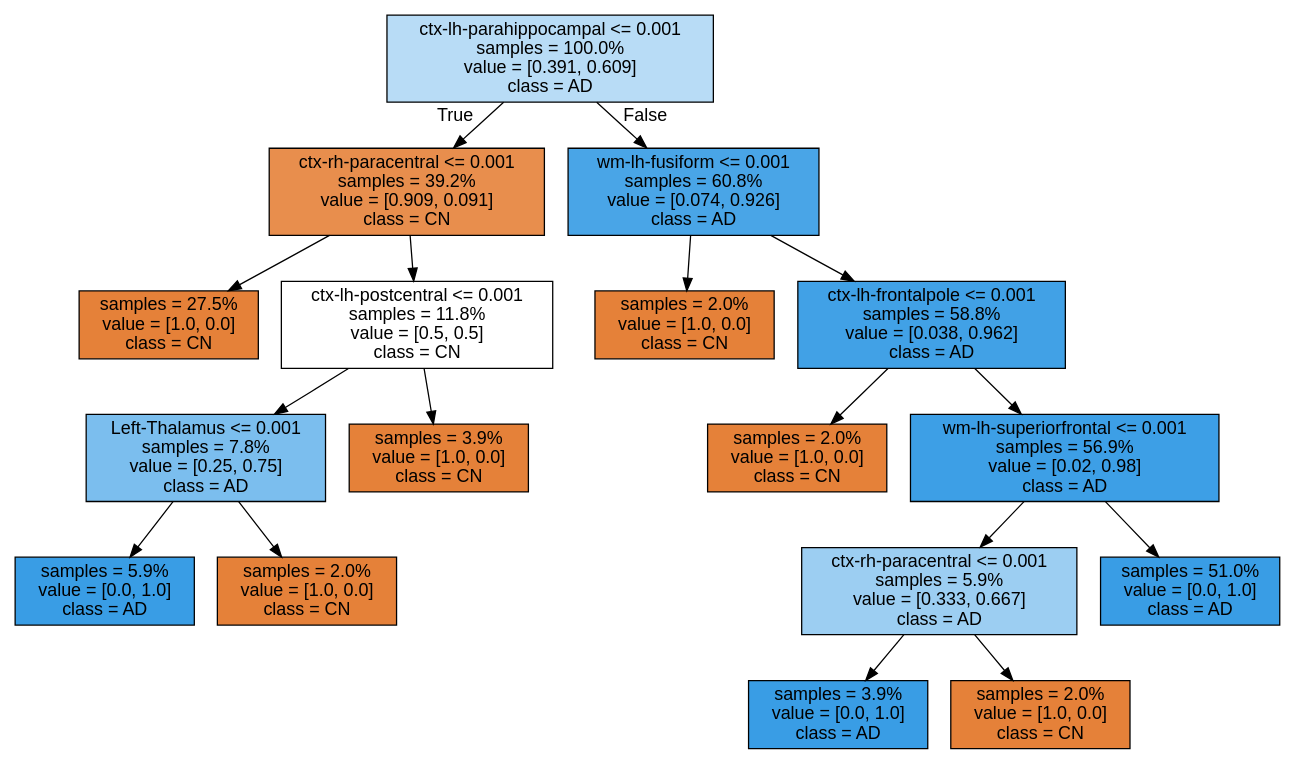
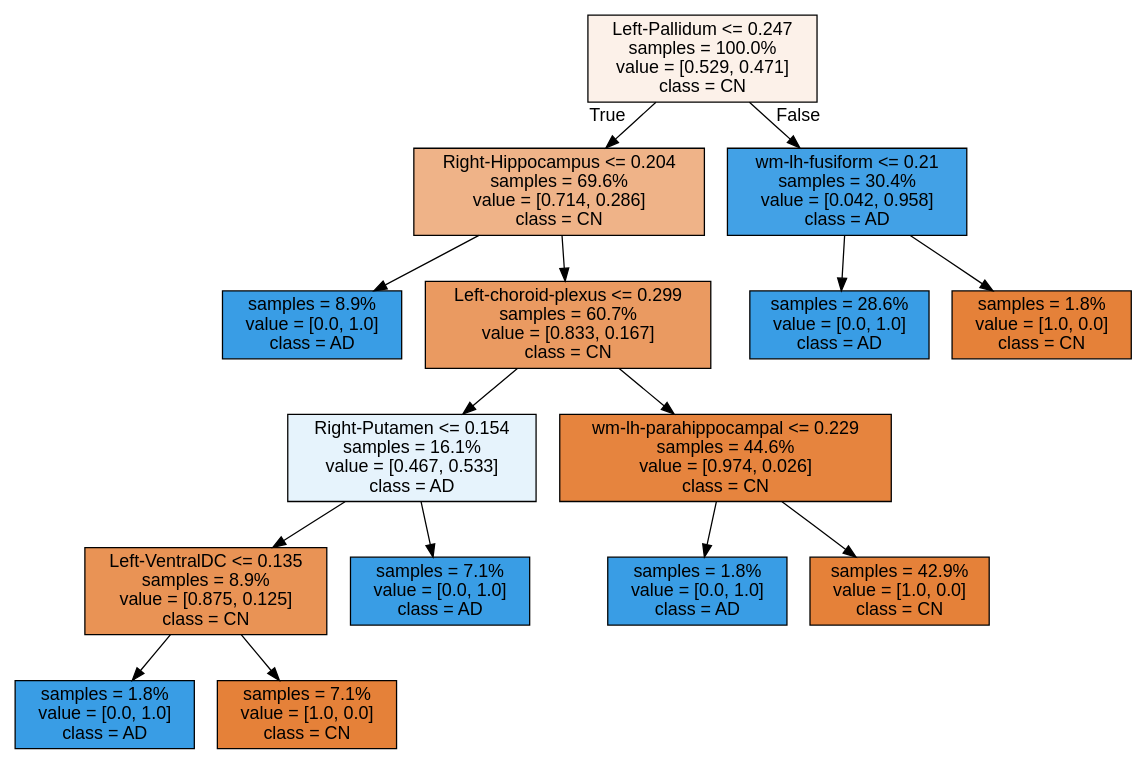
One commit to francescouni0/CompProject changed the diagram in Source.gv. Above: the diagram before and after it, drawn with Graphviz. The commit also changed 5 other files, not shown here.

```diff
--- a/Source.gv
+++ b/Source.gv
@@ -1,37 +1,33 @@
 digraph Tree {
 node [shape=box, style="filled", color="black", fontname="helvetica"] ;
 edge [fontname="helvetica"] ;
-0 [label="ctx-lh-parahippocampal <= 0.001\nsamples = 100.0%\nvalue = [0.391, 0.609]\nclass = AD", fillcolor="#b8dcf6"] ;
-1 [label="ctx-rh-paracentral <= 0.001\nsamples = 39.2%\nvalue = [0.909, 0.091]\nclass = CN", fillcolor="#e88e4d"] ;
+0 [label="Left-Pallidum <= 0.247\nsamples = 100.0%\nvalue = [0.529, 0.471]\nclass = CN", fillcolor="#fcf1e9"] ;
+1 [label="Right-Hippocampus <= 0.204\nsamples = 69.6%\nvalue = [0.714, 0.286]\nclass = CN", fillcolor="#efb388"] ;
 0 -> 1 [labeldistance=2.5, labelangle=45, headlabel="True"] ;
-2 [label="samples = 27.5%\nvalue = [1.0, 0.0]\nclass = CN", fillcolor="#e58139"] ;
+2 [label="samples = 8.9%\nvalue = [0.0, 1.0]\nclass = AD", fillcolor="#399de5"] ;
 1 -> 2 ;
-3 [label="ctx-lh-postcentral <= 0.001\nsamples = 11.8%\nvalue = [0.5, 0.5]\nclass = CN", fillcolor="#ffffff"] ;
+3 [label="Left-choroid-plexus <= 0.299\nsamples = 60.7%\nvalue = [0.833, 0.167]\nclass = CN", fillcolor="#ea9a61"] ;
 1 -> 3 ;
-4 [label="Left-Thalamus <= 0.001\nsamples = 7.8%\nvalue = [0.25, 0.75]\nclass = AD", fillcolor="#7bbeee"] ;
+4 [label="Right-Putamen <= 0.154\nsamples = 16.1%\nvalue = [0.467, 0.533]\nclass = AD", fillcolor="#e6f3fc"] ;
 3 -> 4 ;
-5 [label="samples = 5.9%\nvalue = [0.0, 1.0]\nclass = AD", fillcolor="#399de5"] ;
+5 [label="Left-VentralDC <= 0.135\nsamples = 8.9%\nvalue = [0.875, 0.125]\nclass = CN", fillcolor="#e99355"] ;
 4 -> 5 ;
-6 [label="samples = 2.0%\nvalue = [1.0, 0.0]\nclass = CN", fillcolor="#e58139"] ;
-4 -> 6 ;
-7 [label="samples = 3.9%\nvalue = [1.0, 0.0]\nclass = CN", fillcolor="#e58139"] ;
-3 -> 7 ;
-8 [label="wm-lh-fusiform <= 0.001\nsamples = 60.8%\nvalue = [0.074, 0.926]\nclass = AD", fillcolor="#49a5e7"] ;
-0 -> 8 [labeldistance=2.5, labelangle=-45, headlabel="False"] ;
-9 [label="samples = 2.0%\nvalue = [1.0, 0.0]\nclass = CN", fillcolor="#e58139"] ;
-8 -> 9 ;
-10 [label="ctx-lh-frontalpole <= 0.001\nsamples = 58.8%\nvalue = [0.038, 0.962]\nclass = AD", fillcolor="#41a1e6"] ;
-8 -> 10 ;
-11 [label="samples = 2.0%\nvalue = [1.0, 0.0]\nclass = CN", fillcolor="#e58139"] ;
-10 -> 11 ;
-12 [label="wm-lh-superiorfrontal <= 0.001\nsamples = 56.9%\nvalue = [0.02, 0.98]\nclass = AD", fillcolor="#3d9fe6"] ;
-10 -> 12 ;
-13 [label="ctx-rh-paracentral <= 0.001\nsamples = 5.9%\nvalue = [0.333, 0.667]\nclass = AD", fillcolor="#9ccef2"] ;
+6 [label="samples = 1.8%\nvalue = [0.0, 1.0]\nclass = AD", fillcolor="#399de5"] ;
+5 -> 6 ;
+7 [label="samples = 7.1%\nvalue = [1.0, 0.0]\nclass = CN", fillcolor="#e58139"] ;
+5 -> 7 ;
+8 [label="samples = 7.1%\nvalue = [0.0, 1.0]\nclass = AD", fillcolor="#399de5"] ;
+4 -> 8 ;
+9 [label="wm-lh-parahippocampal <= 0.229\nsamples = 44.6%\nvalue = [0.974, 0.026]\nclass = CN", fillcolor="#e6843e"] ;
+3 -> 9 ;
+10 [label="samples = 1.8%\nvalue = [0.0, 1.0]\nclass = AD", fillcolor="#399de5"] ;
+9 -> 10 ;
+11 [label="samples = 42.9%\nvalue = [1.0, 0.0]\nclass = CN", fillcolor="#e58139"] ;
+9 -> 11 ;
+12 [label="wm-lh-fusiform <= 0.21\nsamples = 30.4%\nvalue = [0.042, 0.958]\nclass = AD", fillcolor="#42a1e6"] ;
+0 -> 12 [labeldistance=2.5, labelangle=-45, headlabel="False"] ;
+13 [label="samples = 28.6%\nvalue = [0.0, 1.0]\nclass = AD", fillcolor="#399de5"] ;
 12 -> 13 ;
-14 [label="samples = 3.9%\nvalue = [0.0, 1.0]\nclass = AD", fillcolor="#399de5"] ;
-13 -> 14 ;
-15 [label="samples = 2.0%\nvalue = [1.0, 0.0]\nclass = CN", fillcolor="#e58139"] ;
-13 -> 15 ;
-16 [label="samples = 51.0%\nvalue = [0.0, 1.0]\nclass = AD", fillcolor="#399de5"] ;
-12 -> 16 ;
+14 [label="samples = 1.8%\nvalue = [1.0, 0.0]\nclass = CN", fillcolor="#e58139"] ;
+12 -> 14 ;
 }
```
